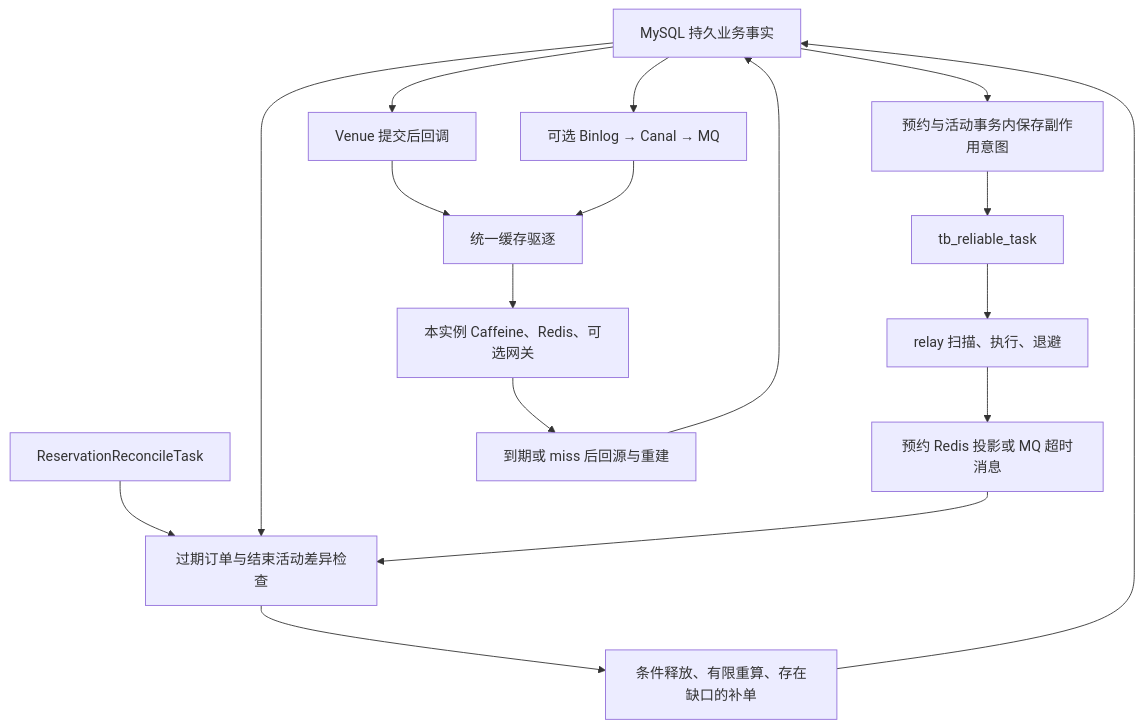
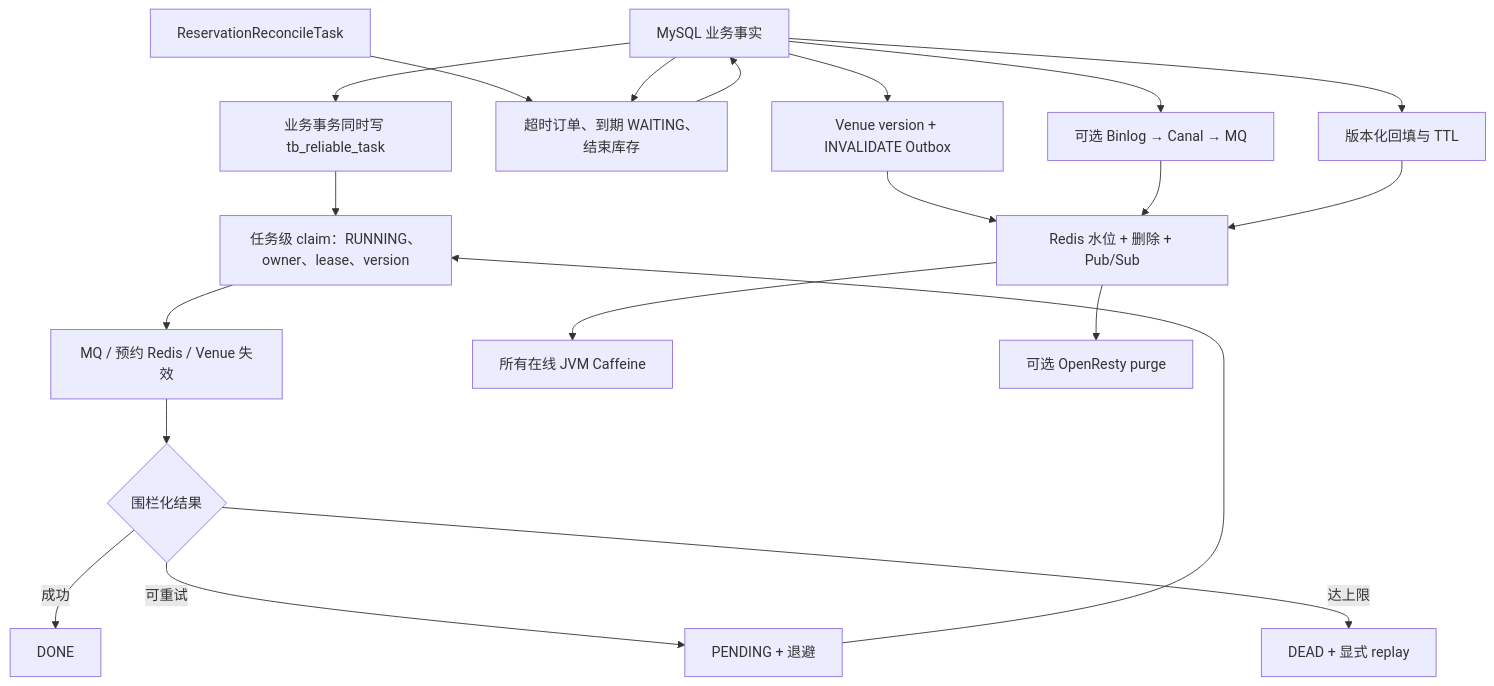
Diagram 12 of 13 in 04-最终一致性与缓存治理.md (SyH-101/citypass-platform), drawn with Mermaid before and after one commit. The commit also changed other lines of this file and 1 other file, not shown here.

````diff
--- a/04-最终一致性与缓存治理.md
+++ b/04-最终一致性与缓存治理.md
@@ -1129,19 +1091,22 @@
 ```mermaid
 flowchart TD
-    DB["MySQL 持久业务事实"] --> TX["预约与活动事务内保存副作用意图"]
-    TX --> TASK["tb_reliable_task"]
-    TASK --> RETRY["relay 扫描、执行、退避"]
-    RETRY --> BR["预约 Redis 投影或 MQ 超时消息"]
-    REC["ReservationReconcileTask"] --> CHECK["过期订单与结束活动差异检查"]
+    DB["MySQL 业务事实"] --> TX["业务事务同时写 tb_reliable_task"]
+    TX --> CLAIM["任务级 claim：RUNNING、owner、lease、version"]
+    CLAIM --> SIDE["MQ / 预约 Redis / Venue 失效"]
+    SIDE --> RESULT{"围栏化结果"}
+    RESULT -->|成功| DONE["DONE"]
+    RESULT -->|可重试| RETRY["PENDING + 退避"]
+    RESULT -->|达上限| DEAD["DEAD + 显式 replay"]
+    RETRY --> CLAIM
+    REC["ReservationReconcileTask"] --> CHECK["超时订单、到期 WAITING、结束库存"]
     DB --> CHECK
-    BR --> CHECK
-    CHECK --> FIX["条件释放、有限重算、存在缺口的补单"]
-    FIX --> DB
-    DB --> AC["Venue 提交后回调"]
+    CHECK --> DB
+    DB --> VOUT["Venue version + INVALIDATE Outbox"]
+    VOUT --> VINV["Redis 水位 + 删除 + Pub/Sub"]
+    VINV --> JVM["所有在线 JVM Caffeine"]
+    VINV --> GW["可选 OpenResty purge"]
     DB --> CANAL["可选 Binlog → Canal → MQ"]
-    AC --> INV["统一缓存驱逐"]
-    CANAL --> INV
-    INV --> CACHE["本实例 Caffeine、Redis、可选网关"]
-    CACHE --> READ["到期或 miss 后回源与重建"]
-    READ --> DB
+    CANAL --> VINV
+    DB --> READ["版本化回填与 TTL"]
+    READ --> VINV
 ```
````
